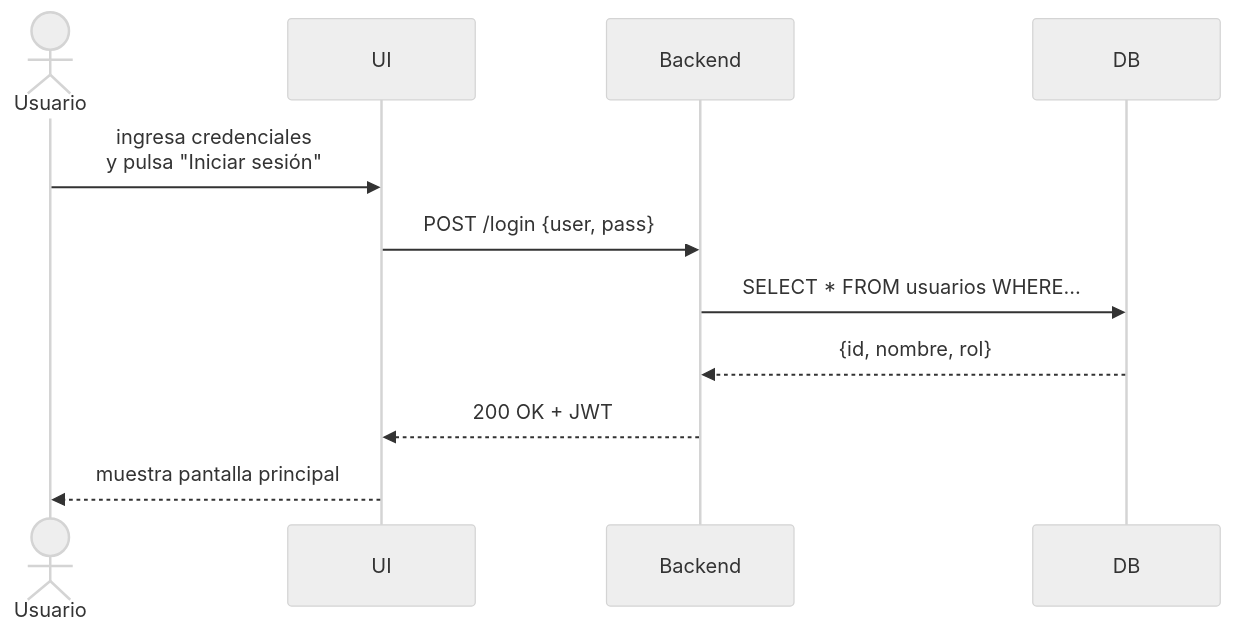
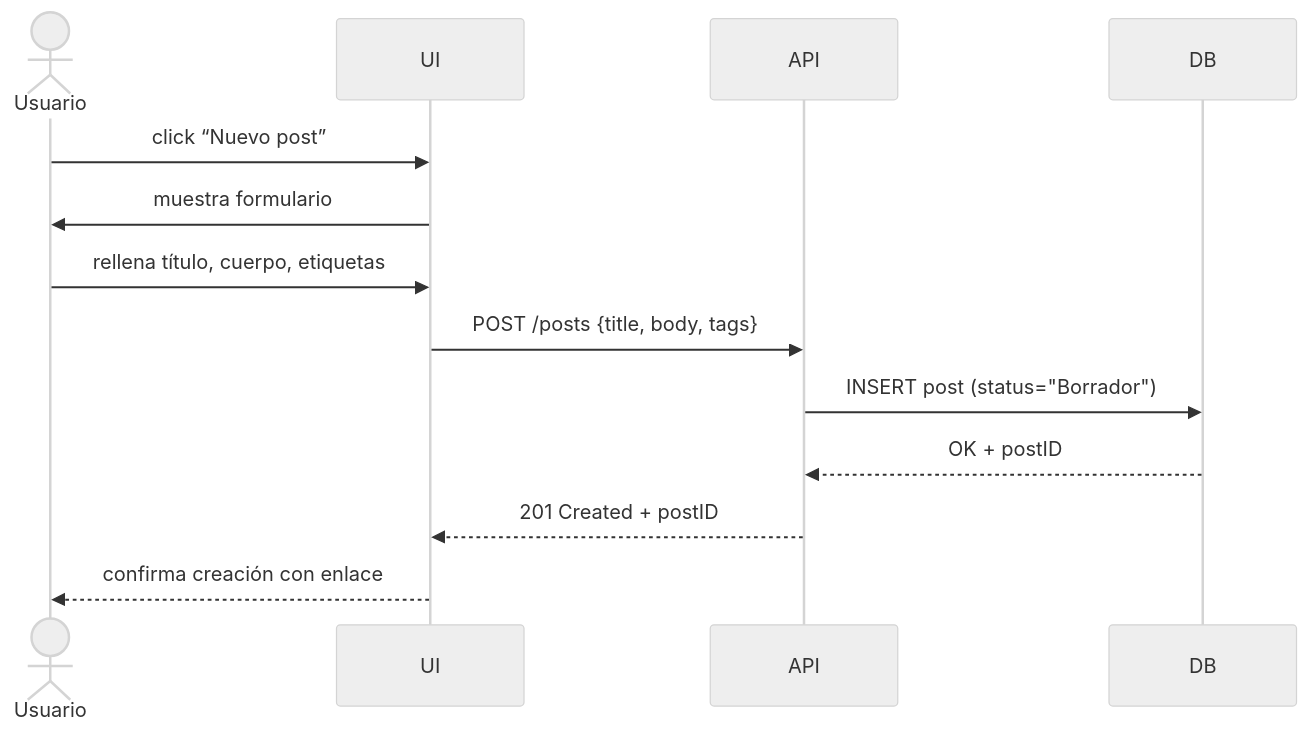
The second of 4 diagrams in EEDD/UD_7/Requisitos.md (AngelRagel05/Angel-1DAW), drawn with Mermaid (neutral theme) before and after one commit. The commit also changed other lines of this file, not shown here.

````diff
--- a/EEDD/UD_7/Requisitos.md
+++ b/EEDD/UD_7/Requisitos.md
@@ -339,15 +109,18 @@
 ```mermaid
+
 sequenceDiagram
-  actor Usuario
-  participant UI
-  participant Backend
-  participant DB
+ actor Usuario
+ participant UI
+ participant API
+ participant DB
 
-  %% Flujo de Login
-  Usuario->>UI: ingresa credenciales<br/>y pulsa "Iniciar sesión"
-  UI->>Backend: POST /login {user, pass}
-  Backend->>DB: SELECT * FROM usuarios WHERE…
-  DB-->>Backend: {id, nombre, rol}
-  Backend-->>UI: 200 OK + JWT
-  UI-->>Usuario: muestra pantalla principal
-  ```
+ Usuario->>UI: click “Nuevo post”
+ UI->>Usuario: muestra formulario
+ Usuario->>UI: rellena título, cuerpo, etiquetas
+ UI->>API: POST /posts {title, body, tags}
+ API->>DB: INSERT post (status="Borrador")
+ DB-->>API: OK + postID
+ API-->>UI: 201 Created + postID
+ UI-->>Usuario: confirma creación con enlace
+
+```
````
